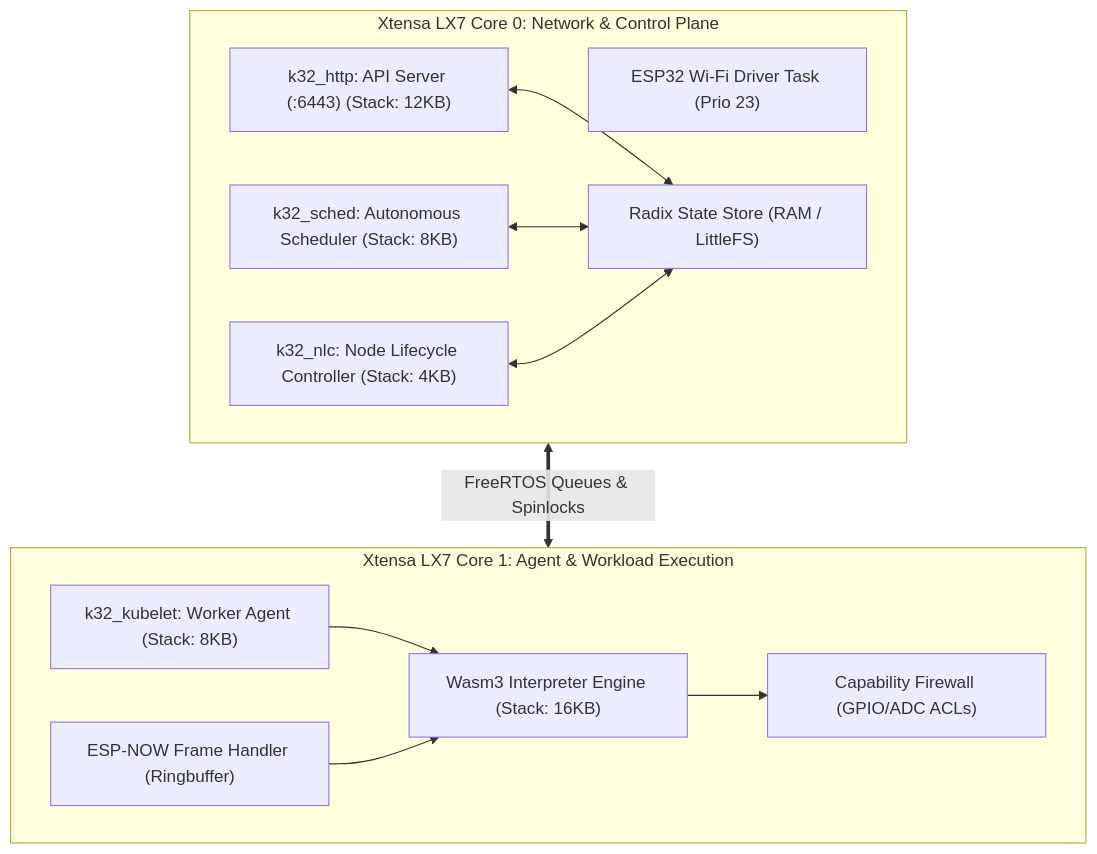
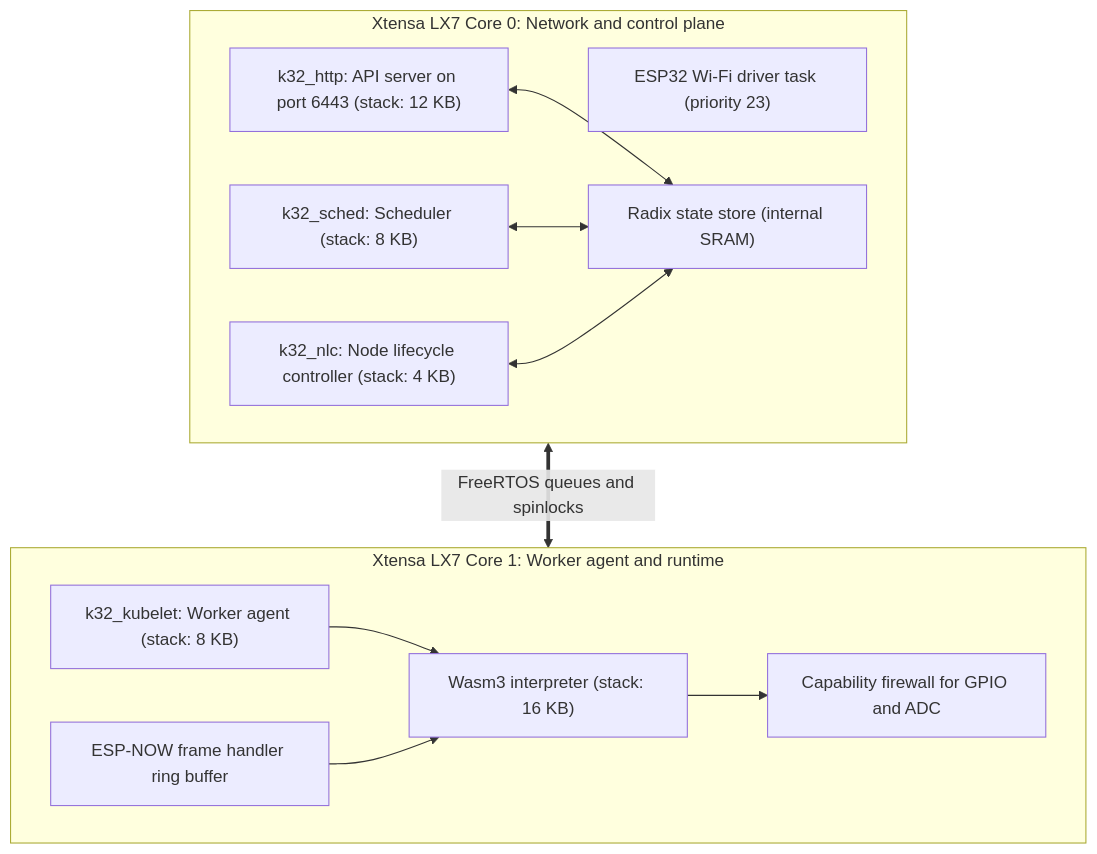
The first of 2 diagrams in docs/architecture/index.md (arterialist/kube32), drawn with Mermaid before and after one commit. The commit also changed other lines of this file and 16 other files, not shown here.

````diff
--- a/docs/architecture/index.md
+++ b/docs/architecture/index.md
@@ -17,27 +17,27 @@
 ```mermaid
 graph TB
-    subgraph Core0["Xtensa LX7 Core 0: Network & Control Plane"]
-        WIFI_DRIVER["ESP32 Wi-Fi Driver Task (Prio 23)"]
-        HTTP_SRV["k32_http: API Server (:6443) (Stack: 12KB)"]
-        SCHED["k32_sched: Autonomous Scheduler (Stack: 8KB)"]
-        NLC["k32_nlc: Node Lifecycle Controller (Stack: 4KB)"]
-        RADIX["Radix State Store (RAM / LittleFS)"]
+    subgraph Core0["Xtensa LX7 Core 0: Network and control plane"]
+        WIFI_DRIVER["ESP32 Wi-Fi driver task (priority 23)"]
+        HTTP_SRV["k32_http: API server on port 6443 (stack: 12 KB)"]
+        SCHED["k32_sched: Scheduler (stack: 8 KB)"]
+        NLC["k32_nlc: Node lifecycle controller (stack: 4 KB)"]
+        RADIX["Radix state store (internal SRAM)"]
 
         HTTP_SRV <--> RADIX
         SCHED <--> RADIX
         NLC <--> RADIX
     end
 
-    subgraph Core1["Xtensa LX7 Core 1: Agent & Workload Execution"]
-        KUBELET["k32_kubelet: Worker Agent (Stack: 8KB)"]
-        WASM_VM["Wasm3 Interpreter Engine (Stack: 16KB)"]
-        FIREWALL["Capability Firewall (GPIO/ADC ACLs)"]
-        IPC_RX["ESP-NOW Frame Handler (Ringbuffer)"]
+    subgraph Core1["Xtensa LX7 Core 1: Worker agent and runtime"]
+        KUBELET["k32_kubelet: Worker agent (stack: 8 KB)"]
+        WASM_VM["Wasm3 interpreter (stack: 16 KB)"]
+        FIREWALL["Capability firewall for GPIO and ADC"]
+        IPC_RX["ESP-NOW frame handler ring buffer"]
 
         KUBELET --> WASM_VM
         WASM_VM --> FIREWALL
         IPC_RX --> WASM_VM
     end
 
-    Core0 <==>|"FreeRTOS Queues & Spinlocks"| Core1
+    Core0 <==>|"FreeRTOS queues and spinlocks"| Core1
 ```
````
